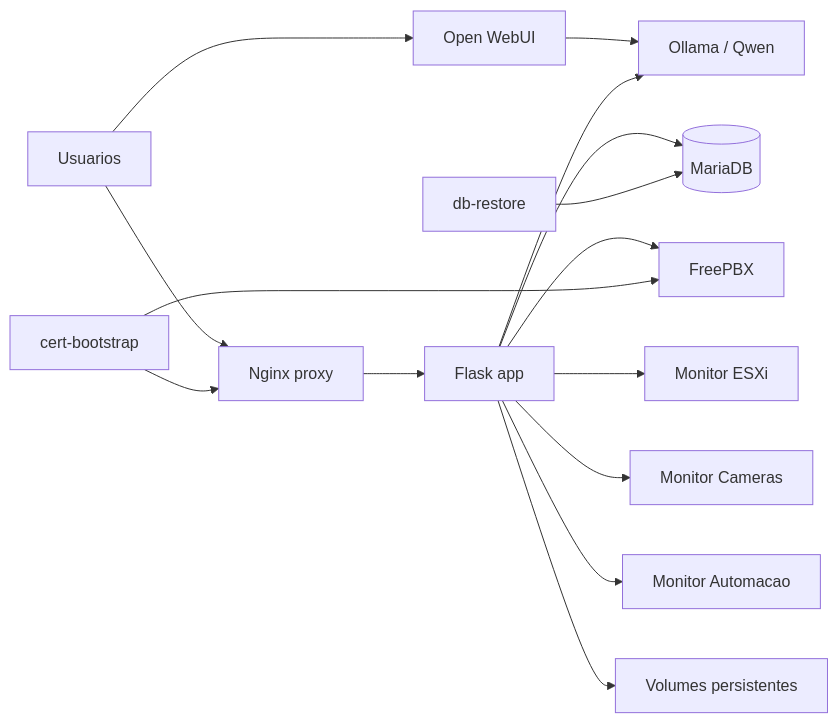
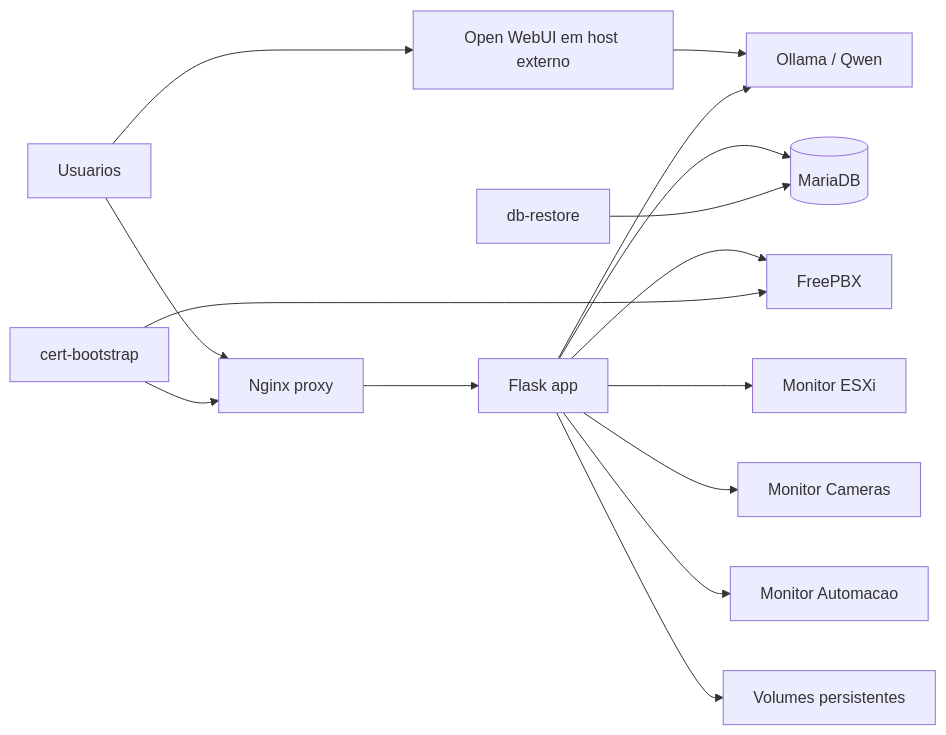
The first of 2 diagrams in apps/riob/source/docs/OPERACAO_E_DEPLOY.md (renansc/NanotechSoft), drawn with Mermaid before and after one commit. The commit also changed other lines of this file and 25 other files, not shown here.

````diff
--- a/apps/riob/source/docs/OPERACAO_E_DEPLOY.md
+++ b/apps/riob/source/docs/OPERACAO_E_DEPLOY.md
@@ -16,17 +16,17 @@
 ```mermaid
 flowchart LR
     U[Usuarios] --> P[Nginx proxy]
     P --> A[Flask app]
-    U --> W[Open WebUI]
+    U --> W[Open WebUI em host externo]
     W --> O[Ollama / Qwen]
     A --> O
     A --> DB[(MariaDB)]
     A --> PBX[FreePBX]
     A --> M1[Monitor ESXi]
     A --> M2[Monitor Cameras]
     A --> M3[Monitor Automacao]
     A --> FS[Volumes persistentes]
     C[cert-bootstrap] --> P
     C --> PBX
     R[db-restore] --> DB
 ```
````
